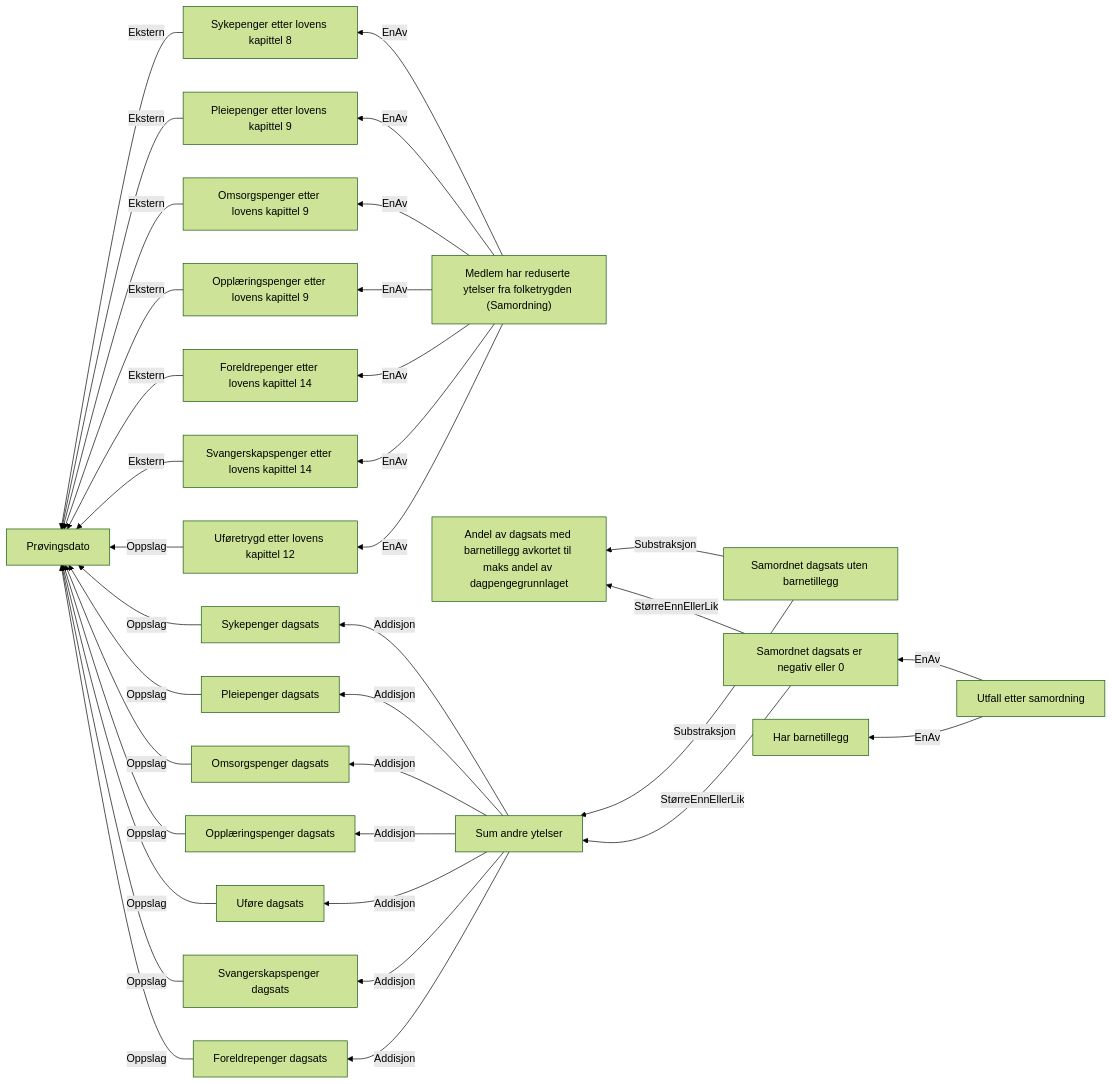
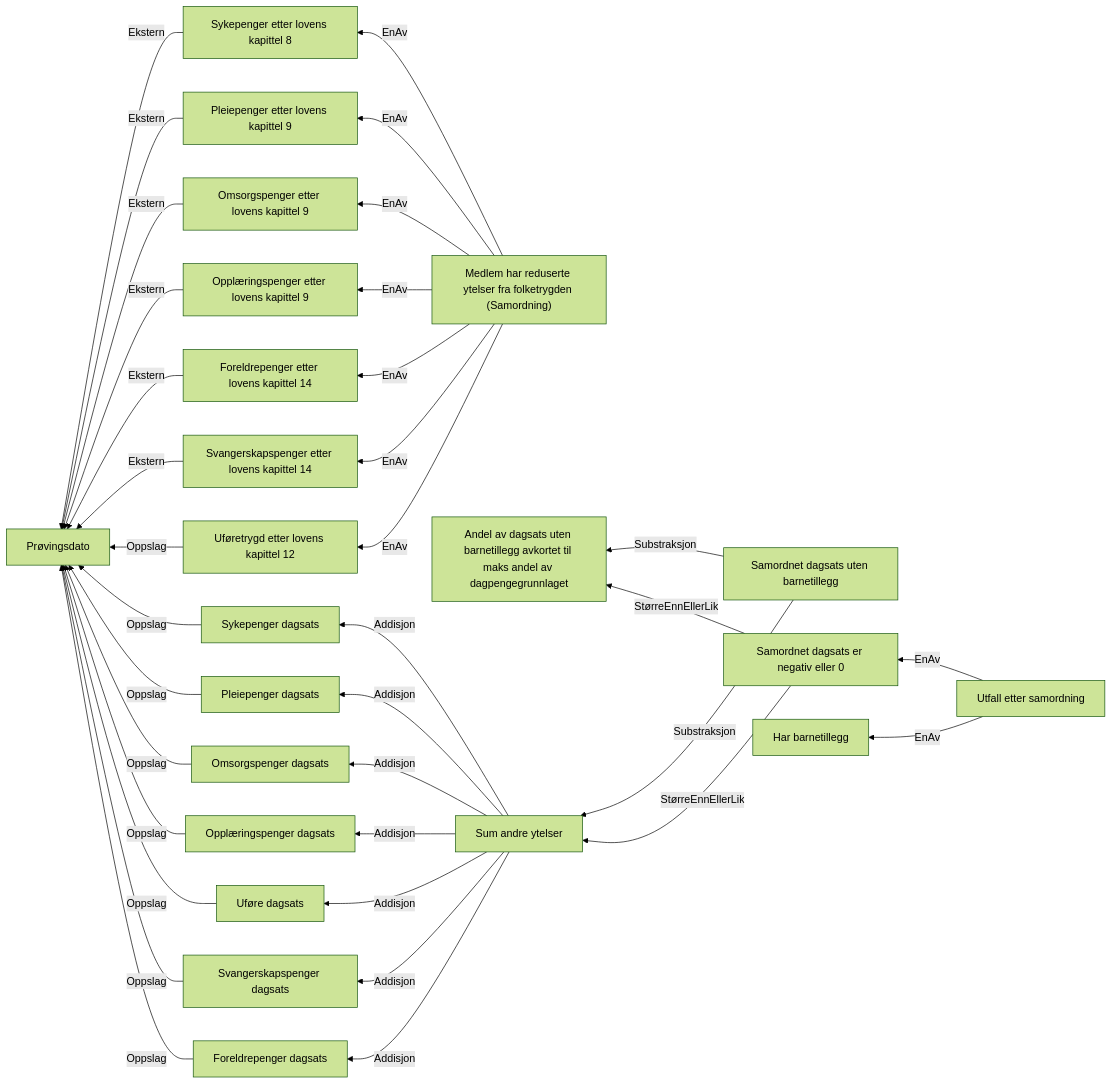
One commit to navikt/dp-vedtak changed the diagram in docs/regler/§ 4-25.Samordning med reduserte ytelser fra folketrygden, eller redusert avtalefestet pensjon.approved.md. Above: the diagram before and after it, drawn with Mermaid (forest theme). The commit also changed 7 other files, not shown here.

````diff
--- a/docs/regler/§ 4-25.Samordning med reduserte ytelser fra folketrygden, eller redusert avtalefestet pensjon.approved.md
+++ b/docs/regler/§ 4-25.Samordning med reduserte ytelser fra folketrygden, eller redusert avtalefestet pensjon.approved.md
@@ -5,37 +5,37 @@
 ```mermaid
 graph RL
   A["Sykepenger etter lovens kapittel 8"] -->|"Ekstern"| B["Prøvingsdato"]
   C["Pleiepenger etter lovens kapittel 9"] -->|"Ekstern"| B["Prøvingsdato"]
   D["Omsorgspenger etter lovens kapittel 9"] -->|"Ekstern"| B["Prøvingsdato"]
   E["Opplæringspenger etter lovens kapittel 9"] -->|"Ekstern"| B["Prøvingsdato"]
   F["Foreldrepenger etter lovens kapittel 14"] -->|"Ekstern"| B["Prøvingsdato"]
   G["Svangerskapspenger etter lovens kapittel 14"] -->|"Ekstern"| B["Prøvingsdato"]
   H["Uføretrygd etter lovens kapittel 12"] -->|"Oppslag"| B["Prøvingsdato"]
   I["Sykepenger dagsats"] -->|"Oppslag"| B["Prøvingsdato"]
   J["Pleiepenger dagsats"] -->|"Oppslag"| B["Prøvingsdato"]
   K["Omsorgspenger dagsats"] -->|"Oppslag"| B["Prøvingsdato"]
   L["Opplæringspenger dagsats"] -->|"Oppslag"| B["Prøvingsdato"]
   M["Uføre dagsats"] -->|"Oppslag"| B["Prøvingsdato"]
   N["Svangerskapspenger dagsats"] -->|"Oppslag"| B["Prøvingsdato"]
   O["Foreldrepenger dagsats"] -->|"Oppslag"| B["Prøvingsdato"]
   P["Sum andre ytelser"] -->|"Addisjon"| I["Sykepenger dagsats"]
   P["Sum andre ytelser"] -->|"Addisjon"| J["Pleiepenger dagsats"]
   P["Sum andre ytelser"] -->|"Addisjon"| K["Omsorgspenger dagsats"]
   P["Sum andre ytelser"] -->|"Addisjon"| L["Opplæringspenger dagsats"]
   P["Sum andre ytelser"] -->|"Addisjon"| M["Uføre dagsats"]
   P["Sum andre ytelser"] -->|"Addisjon"| O["Foreldrepenger dagsats"]
   P["Sum andre ytelser"] -->|"Addisjon"| N["Svangerskapspenger dagsats"]
-  Q["Samordnet dagsats uten barnetillegg"] -->|"Substraksjon"| R["Andel av dagsats med barnetillegg avkortet til maks andel av dagpengegrunnlaget"]
+  Q["Samordnet dagsats uten barnetillegg"] -->|"Substraksjon"| R["Andel av dagsats uten barnetillegg avkortet til maks andel av dagpengegrunnlaget"]
   Q["Samordnet dagsats uten barnetillegg"] -->|"Substraksjon"| P["Sum andre ytelser"]
-  S["Samordnet dagsats er negativ eller 0"] -->|"StørreEnnEllerLik"| R["Andel av dagsats med barnetillegg avkortet til maks andel av dagpengegrunnlaget"]
+  S["Samordnet dagsats er negativ eller 0"] -->|"StørreEnnEllerLik"| R["Andel av dagsats uten barnetillegg avkortet til maks andel av dagpengegrunnlaget"]
   S["Samordnet dagsats er negativ eller 0"] -->|"StørreEnnEllerLik"| P["Sum andre ytelser"]
   T["Utfall etter samordning"] -->|"EnAv"| S["Samordnet dagsats er negativ eller 0"]
   T["Utfall etter samordning"] -->|"EnAv"| U["Har barnetillegg"]
   V["Medlem har reduserte ytelser fra folketrygden (Samordning)"] -->|"EnAv"| A["Sykepenger etter lovens kapittel 8"]
   V["Medlem har reduserte ytelser fra folketrygden (Samordning)"] -->|"EnAv"| C["Pleiepenger etter lovens kapittel 9"]
   V["Medlem har reduserte ytelser fra folketrygden (Samordning)"] -->|"EnAv"| D["Omsorgspenger etter lovens kapittel 9"]
   V["Medlem har reduserte ytelser fra folketrygden (Samordning)"] -->|"EnAv"| E["Opplæringspenger etter lovens kapittel 9"]
   V["Medlem har reduserte ytelser fra folketrygden (Samordning)"] -->|"EnAv"| H["Uføretrygd etter lovens kapittel 12"]
   V["Medlem har reduserte ytelser fra folketrygden (Samordning)"] -->|"EnAv"| F["Foreldrepenger etter lovens kapittel 14"]
   V["Medlem har reduserte ytelser fra folketrygden (Samordning)"] -->|"EnAv"| G["Svangerskapspenger etter lovens kapittel 14"]
 ```
````
